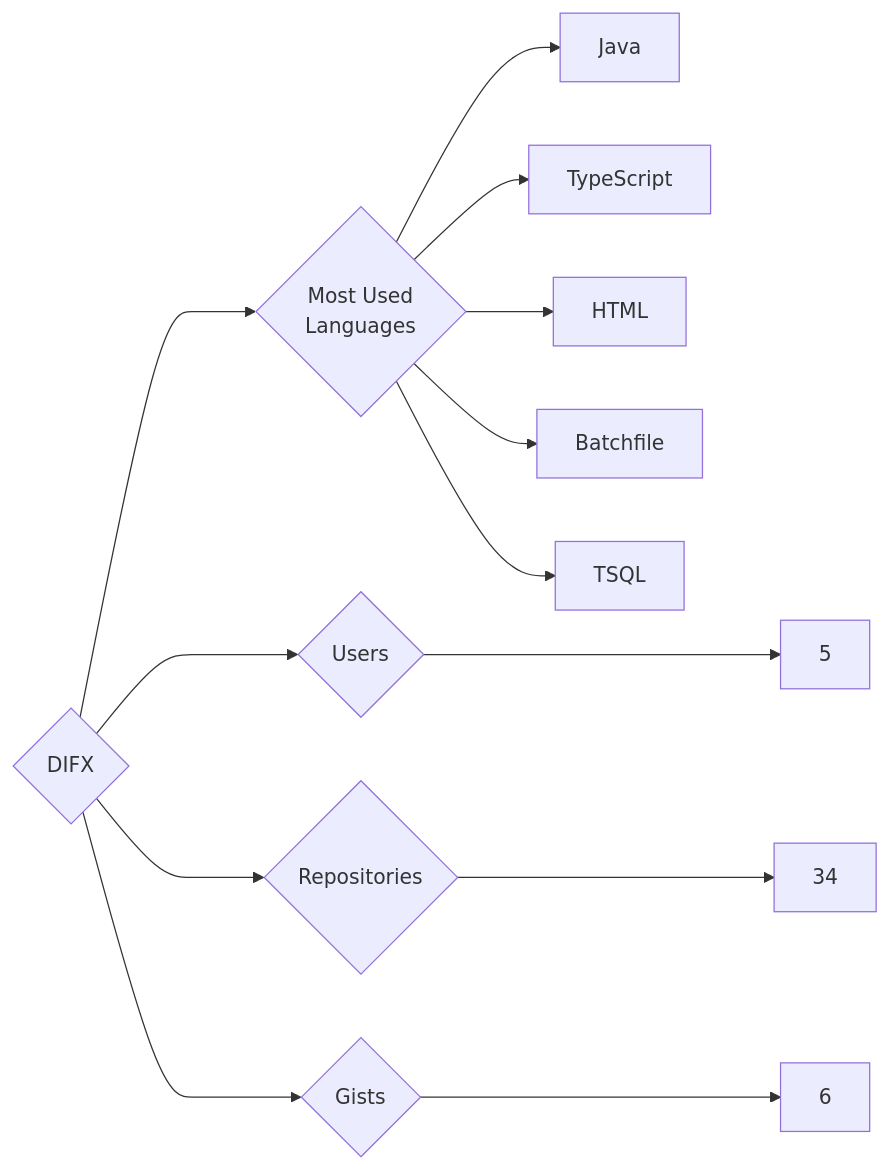
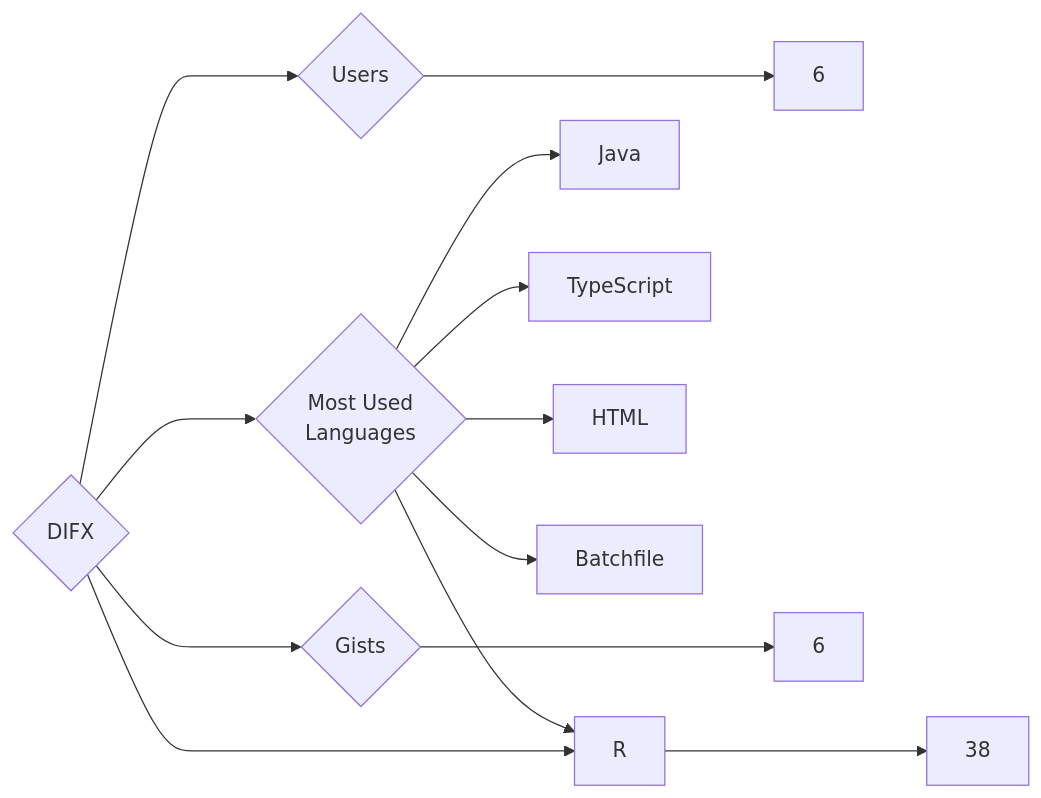
Before and after one commit to trickest/insiders: the diagram in targets/DIFX/README.md, drawn with Mermaid. The commit also changed 1003 other files, not shown here.

````diff
--- a/targets/DIFX/README.md
+++ b/targets/DIFX/README.md
@@ -3,13 +3,13 @@
 ```mermaid
 graph LR
 COMPANY_NAME{DIFX}
-COMPANY_NAME ---> U{Users} ---> UN[5]
-COMPANY_NAME ---> R{Repositories} ---> RN[34]
+COMPANY_NAME ---> U{Users} ---> UN[6]
+COMPANY_NAME ---> R{Repositories} ---> RN[38]
 COMPANY_NAME ---> G{Gists} ---> GN[6]
 COMPANY_NAME ---> ML{Most Used<br>Languages}
 ML --> Java[Java]
 ML --> TypeScript[TypeScript]
 ML --> HTML[HTML]
+ML --> R[R]
 ML --> Batchfile[Batchfile]
-ML --> TSQL[TSQL]
 ```
````
